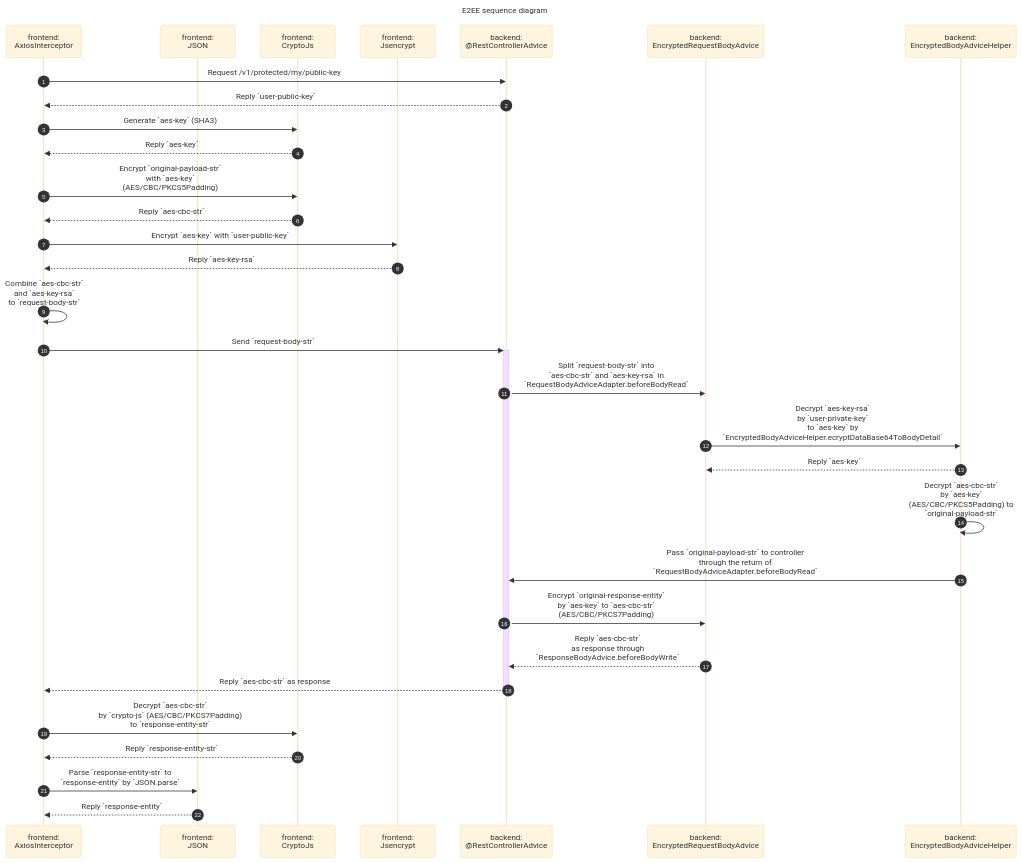
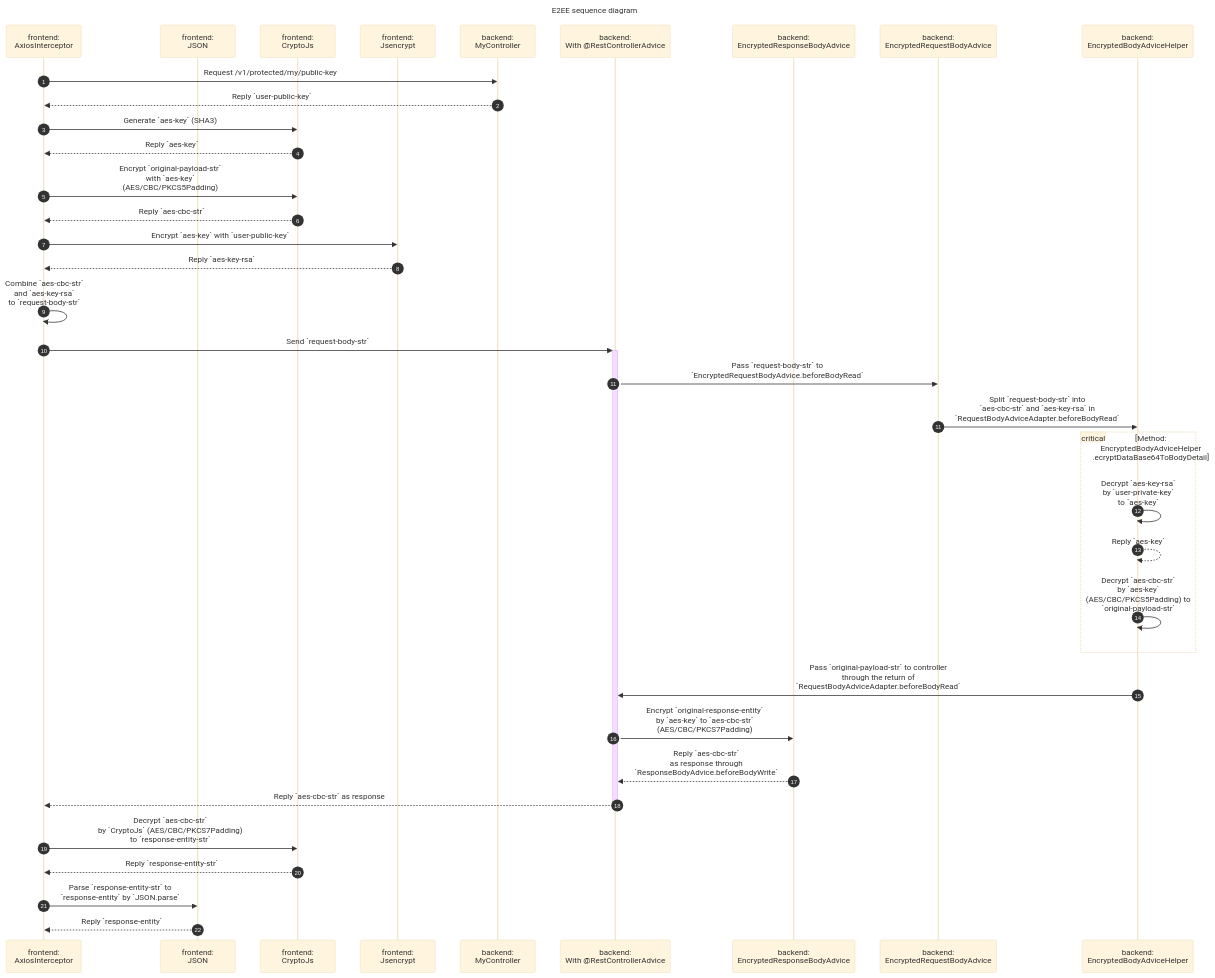
The second of 5 diagrams in README.md (siukatech/poc-react-backend-core), drawn with Mermaid (base theme) before and after one commit. The commit also changed other lines of this file, not shown here.

```diff
--- a/README.md
+++ b/README.md
@@ -446,81 +446,86 @@
 title: E2EE sequence diagram
 ---
 sequenceDiagram
-    autonumber
     
     participant AxiosInterceptor as frontend: <br/>AxiosInterceptor
     participant JSON as frontend: <br/>JSON
     participant CryptoJs as frontend: <br/>CryptoJs
     participant Jsencrypt as frontend: <br/>Jsencrypt
-    participant RestControllerAdvice as backend: <br/>@RestControllerAdvice
+    participant MyController as backend: <br/>MyController
+    participant RestControllerAdvice as backend: <br/>With @RestControllerAdvice
+    participant EncryptedResponseBodyAdvice as backend: <br/>EncryptedResponseBodyAdvice
     participant EncryptedRequestBodyAdvice as backend: <br/>EncryptedRequestBodyAdvice
     participant EncryptedBodyAdviceHelper as backend: <br/>EncryptedBodyAdviceHelper
+    
+    autonumber 1
+    AxiosInterceptor ->> MyController: Request /v1/protected/my/public-key
+    autonumber 2
+    MyController -->> AxiosInterceptor: Reply `user-public-key`
 
-    %%1
-    AxiosInterceptor ->> RestControllerAdvice: Request /v1/protected/my/public-key
-    %%2
-    RestControllerAdvice -->> AxiosInterceptor: Reply `user-public-key`
-
-    %%3
+    autonumber 3
     AxiosInterceptor ->> CryptoJs: Generate `aes-key` (SHA3)
-    %%4
+    autonumber 4
     CryptoJs -->> AxiosInterceptor : Reply `aes-key`
 
-    %%5
+    autonumber 5
     AxiosInterceptor ->> CryptoJs: Encrypt `original-payload-str` <br/>with `aes-key` <br/>(AES/CBC/PKCS5Padding)
-    %%6
+    autonumber 6
     CryptoJs -->> AxiosInterceptor: Reply `aes-cbc-str`
 
-    %%7
+    autonumber 7
     AxiosInterceptor ->> Jsencrypt: Encrypt `aes-key` with `user-public-key`
-    %%8
+    autonumber 8
     Jsencrypt -->> AxiosInterceptor: Reply `aes-key-rsa`
 
-    %%9
+    autonumber 9
     AxiosInterceptor ->> AxiosInterceptor: Combine `aes-cbc-str` <br/>and `aes-key-rsa` <br/>to `request-body-str`
 
-    %%10
+    autonumber 10
     %% https://mermaid.js.org/syntax/sequenceDiagram.html#activations
     %% ++ / -- Shortcut syntax for activation, deactivation, creation
     AxiosInterceptor ->> +RestControllerAdvice: Send `request-body-str`
 
-    %%11
-    RestControllerAdvice ->> EncryptedRequestBodyAdvice: Split `request-body-str` into <br/>`aes-cbc-str` and `aes-key-rsa` in <br/>`RequestBodyAdviceAdapter.beforeBodyRead`
+    autonumber 11
+    RestControllerAdvice ->> EncryptedRequestBodyAdvice: Pass `request-body-str` to <br/>`EncryptedRequestBodyAdvice.beforeBodyRead`
+    autonumber 11
+    EncryptedRequestBodyAdvice ->> EncryptedBodyAdviceHelper: Split `request-body-str` into <br/>`aes-cbc-str` and `aes-key-rsa` in <br/>`RequestBodyAdviceAdapter.beforeBodyRead`
 
-    %%12
-    EncryptedRequestBodyAdvice ->> EncryptedBodyAdviceHelper: Decrypt `aes-key-rsa` <br/>by `user-private-key` <br/>to `aes-key` by <br/>`EncryptedBodyAdviceHelper.ecryptDataBase64ToBodyDetail`
-    %%13
-    EncryptedBodyAdviceHelper -->> EncryptedRequestBodyAdvice: Reply `aes-key`
+    critical Method: <br/>EncryptedBodyAdviceHelper<br/>.ecryptDataBase64ToBodyDetail 
+    autonumber 12
+    EncryptedBodyAdviceHelper ->> EncryptedBodyAdviceHelper: Decrypt `aes-key-rsa` <br/>by `user-private-key` <br/>to `aes-key`
+    autonumber 13
+    EncryptedBodyAdviceHelper -->> EncryptedBodyAdviceHelper: Reply `aes-key`
 
-    %%14
+    autonumber 14
     EncryptedBodyAdviceHelper ->> EncryptedBodyAdviceHelper: Decrypt `aes-cbc-str` <br/>by `aes-key` <br/>(AES/CBC/PKCS5Padding) to <br/>`original-payload-str`
+    end
 
-    %%15
+    autonumber 15
     EncryptedBodyAdviceHelper ->> RestControllerAdvice: Pass `original-payload-str` to controller <br/>through the return of <br/>`RequestBodyAdviceAdapter.beforeBodyRead`
 
-    %%16
+    autonumber 16
     %% ~~`aes-ecb-str`~~
     %% ~~AES/ECB/PKCS7Padding~~
-    RestControllerAdvice ->> EncryptedRequestBodyAdvice: Encrypt `original-response-entity` <br/>by `aes-key` to `aes-cbc-str` <br/>(AES/CBC/PKCS7Padding)
+    RestControllerAdvice ->> EncryptedResponseBodyAdvice: Encrypt `original-response-entity` <br/>by `aes-key` to `aes-cbc-str` <br/>(AES/CBC/PKCS7Padding)
 
-    %%17
+    autonumber 17
     %% ~~`aes-ecb-str`~~
-    EncryptedRequestBodyAdvice -->> RestControllerAdvice: Reply `aes-cbc-str` <br/>as response through <br/>`ResponseBodyAdvice.beforeBodyWrite`
+    EncryptedResponseBodyAdvice -->> RestControllerAdvice: Reply `aes-cbc-str` <br/>as response through <br/>`ResponseBodyAdvice.beforeBodyWrite`
 
-    %%18
+    autonumber 18
     %% ~~`aes-ecb-str`~~
     RestControllerAdvice -->> -AxiosInterceptor: Reply `aes-cbc-str` as response
 
-    %%19
+    autonumber 19
     %% ~~`aes-ecb-str`~~
     %% ~~AES/ECB/PKCS7Padding~~
-    AxiosInterceptor ->> CryptoJs: Decrypt `aes-cbc-str` <br/>by `crypto-js` (AES/CBC/PKCS7Padding) <br/>to `response-entity-str`
-    %%20
+    AxiosInterceptor ->> CryptoJs: Decrypt `aes-cbc-str` <br/>by `CryptoJs` (AES/CBC/PKCS7Padding) <br/>to `response-entity-str`
+    autonumber 20
     CryptoJs -->> AxiosInterceptor: Reply `response-entity-str`
 
-    %%21
+    autonumber 21
     AxiosInterceptor ->> JSON: Parse `response-entity-str` to <br/>`response-entity` by `JSON.parse`
-    %%22
+    autonumber 22
     JSON -->> AxiosInterceptor: Reply `response-entity`
 
 
```
